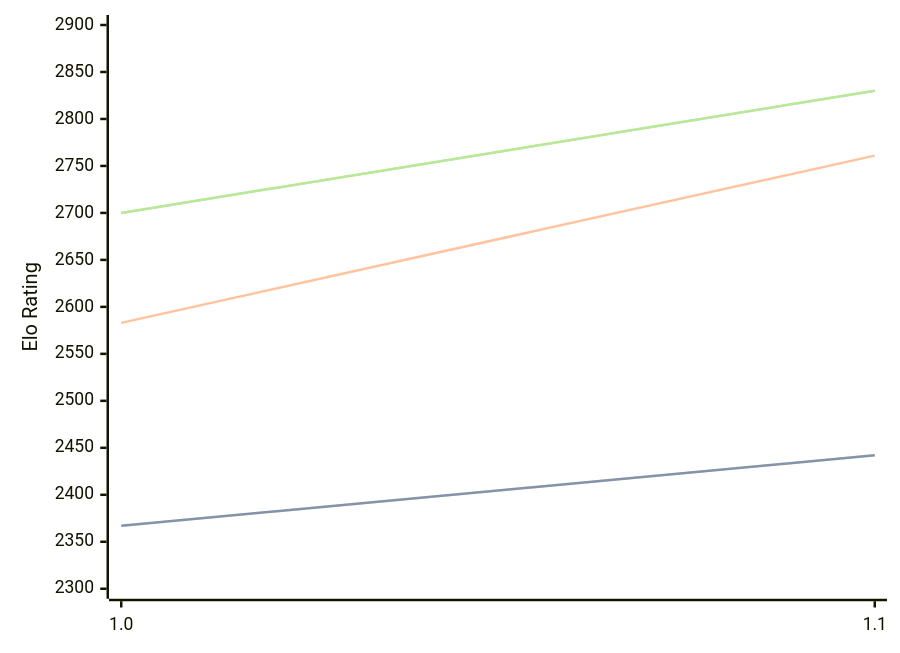
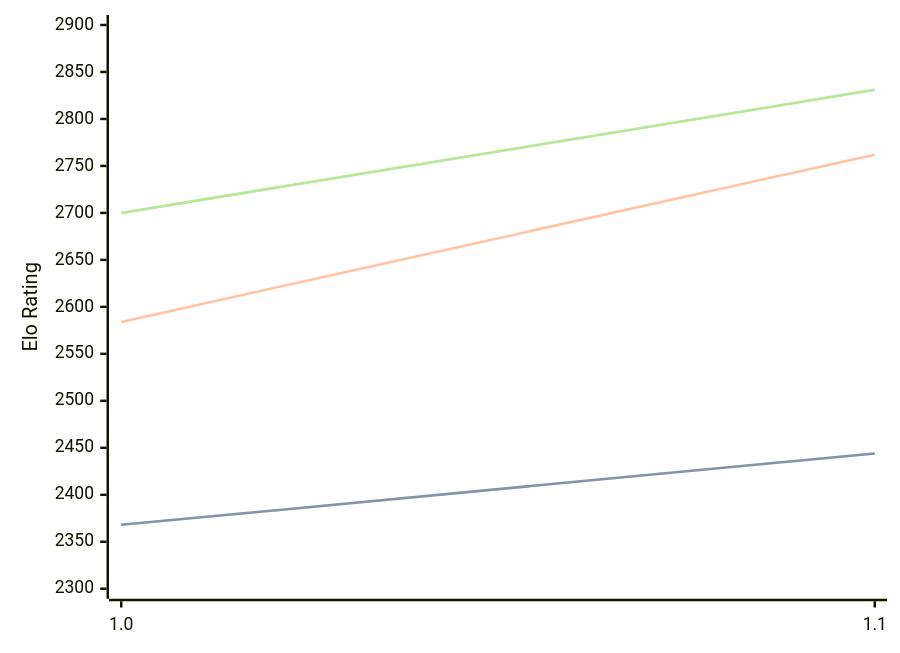
One commit to computer-chess-index/cci changed the diagram in engines/FoxChess.md. Above: the diagram before and after it, drawn with Mermaid. The commit also changed other lines of this file, not shown here.

Commit message:
Update CCI Ratings (ELO VLTC) - 2026-05-14

````diff
--- a/engines/FoxChess.md
+++ b/engines/FoxChess.md
@@ -32,11 +32,11 @@
 ```mermaid
 %%{init: {"theme":"base","themeVariables":{"seriesColors:['#a3a3a3','#222221','#faa371']}}}%%
 xychart-beta
   x-axis ["1.0", "1.1"]
   y-axis "Elo Rating" 2300 --> 2900
-  line "STC (8.0+0.08s)" [2367, 2442]
-  line "STC (8.0+0.08s)" [2367, 2442]
-  line "LTC (60.0+0.60s)" [2583, 2761]
-  line "VLTC (2m24s+1.12s)" [2700, 2830]
-  line "VLTC (2m24s+1.12s)" [2700, 2830]
+  line "STC (8.0+0.08s)" [2368, 2444]
+  line "STC (8.0+0.08s)" [2368, 2444]
+  line "LTC (60.0+0.60s)" [2584, 2762]
+  line "VLTC (2m24s+1.12s)" [2700, 2831]
+  line "VLTC (2m24s+1.12s)" [2700, 2831]
 ```
````
